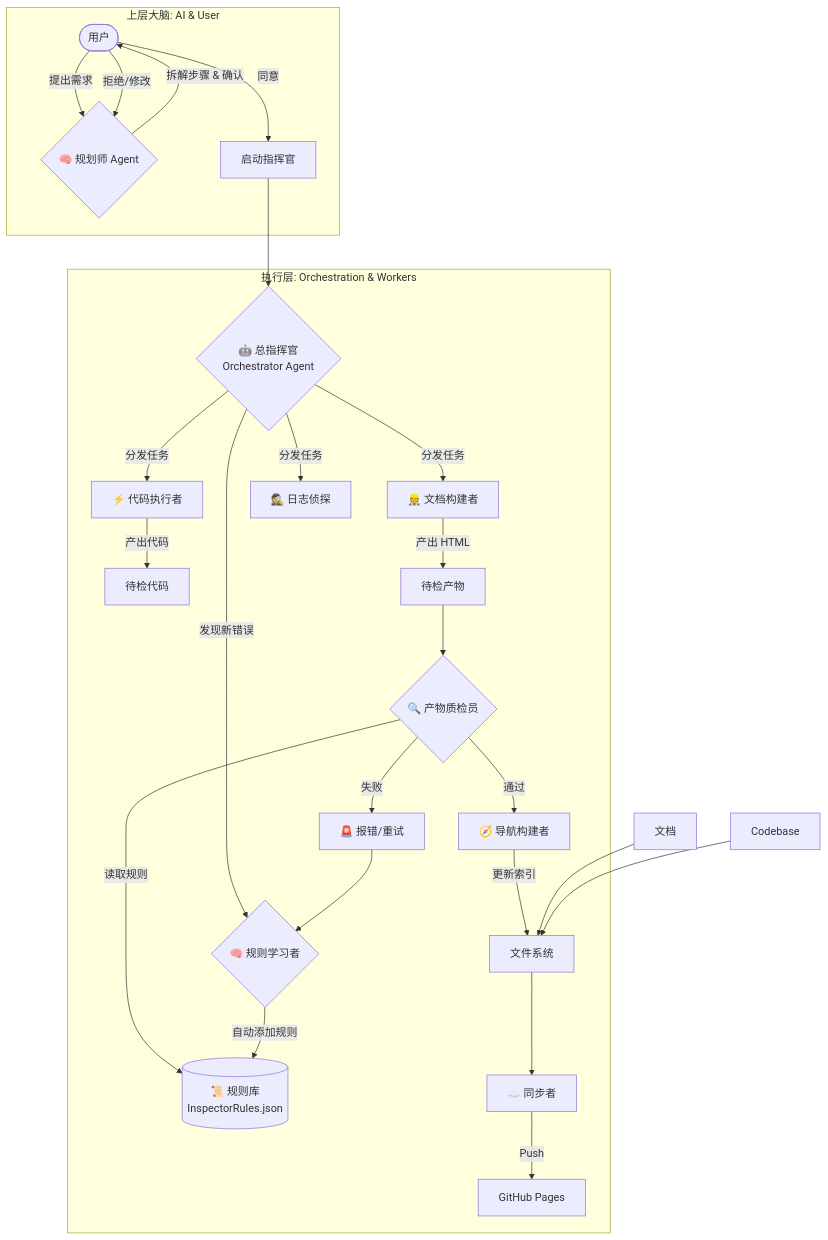
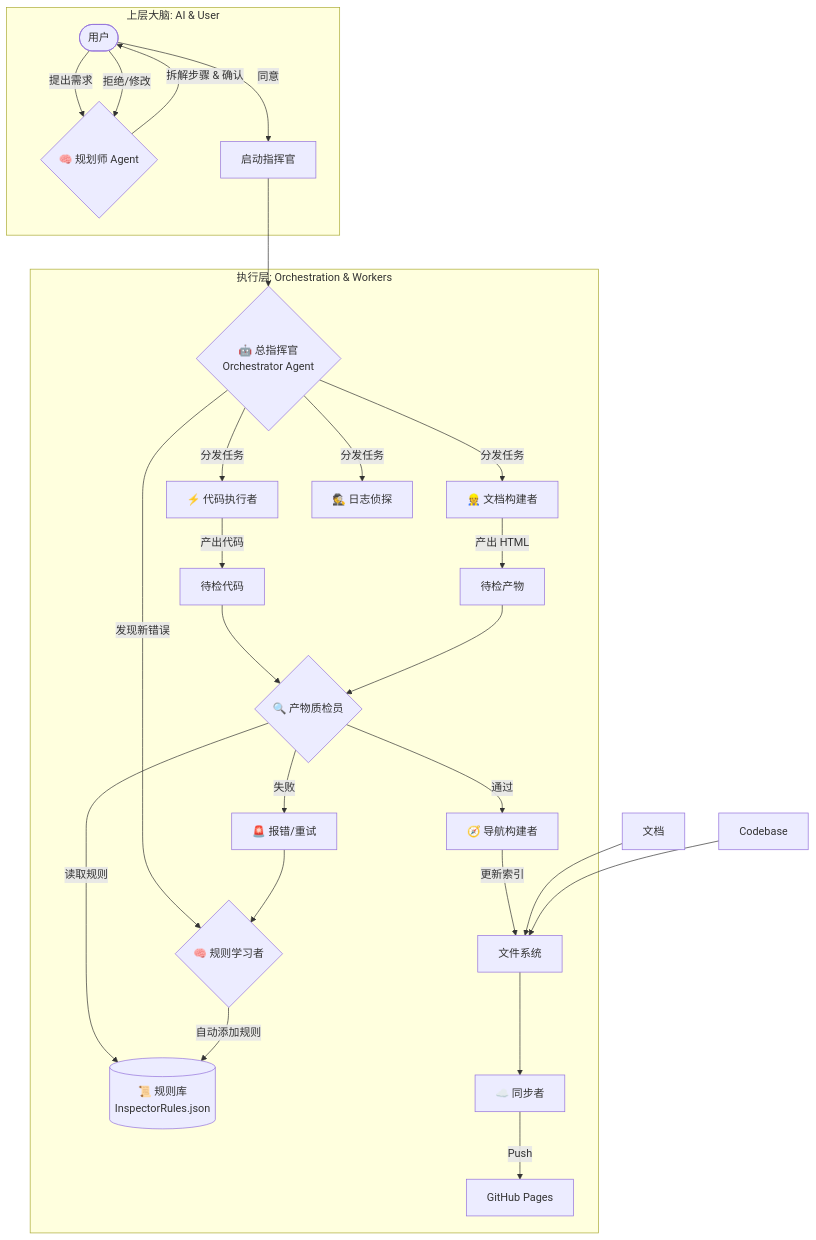
The diagram in KnowledgeBase/PostMortem/MultiAgent_Architecture_Overview.md (wangxun111/qhphysics-docs), drawn with Mermaid before and after one commit. The commit also changed other lines of this file and 44 other files, not shown here.

````diff
--- a/KnowledgeBase/PostMortem/MultiAgent_Architecture_Overview.md
+++ b/KnowledgeBase/PostMortem/MultiAgent_Architecture_Overview.md
@@ -8,30 +8,34 @@
 ```mermaid
 graph TD
     subgraph Cognitive Layer [上层大脑: AI & User]
         User([用户]) -->|提出需求| Planner{🧠 规划师 Agent}
         Planner -->|拆解步骤 & 确认| User
         User -->|拒绝/修改| Planner
         User -->|同意| OrchestratorStart[启动指挥官]
     end
     subgraph Execution Layer [执行层: Orchestration & Workers]
         OrchestratorStart --> Orchestrator{🤖 总指挥官<br>Orchestrator Agent}
         Rules[(📜 规则库<br>InspectorRules.json)]
         Orchestrator -->|分发任务| Coder[⚡ 代码执行者]
         Orchestrator -->|分发任务| DocBuilder[👷 文档构建者]
         Orchestrator -->|分发任务| LogDetective[🕵️ 日志侦探]
         Coder -->|产出代码| RawCode[待检代码]
         DocBuilder -->|产出 HTML| RawArtifacts[待检产物]
-        RawArtifacts --> Inspector{🔍 产物质检员}
+
+        %% 核心修复：强制在第一次出现时定义 Inspector 的形状
+        RawCode --> Inspector{🔍 产物质检员}
+        RawArtifacts --> Inspector
+        
         Inspector -->|读取规则| Rules
         Orchestrator -->|发现新错误| Learner{🧠 规则学习者}
         Learner -->|自动添加规则| Rules
         Inspector -- 通过 --> Navigator[🧭 导航构建者]
         Inspector -- 失败 --> Alert[🚨 报错/重试]
         Alert --> Learner
         Navigator -->|更新索引| FS[文件系统]
         FS --> Syncer[☁️ 同步者]
         Syncer -->|Push| Remote[GitHub Pages]
     end
     Docs[文档] --> FS
     Codebase --> FS
 ```
````
